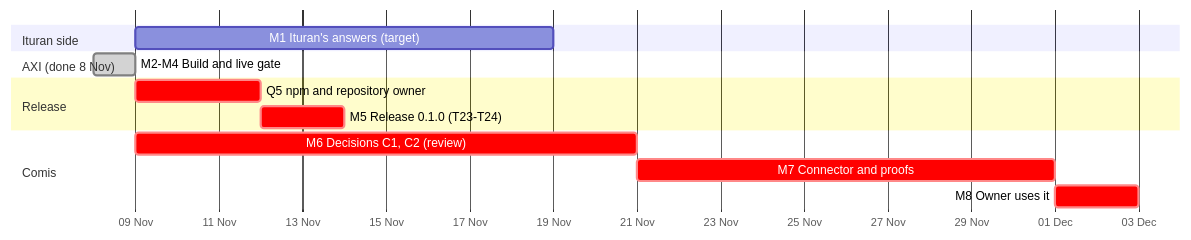
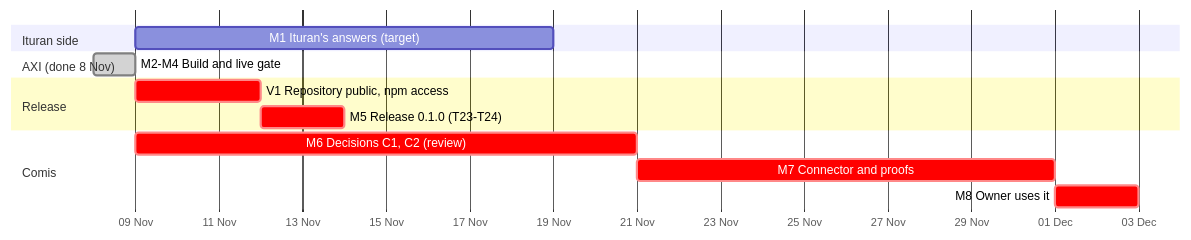
One commit to comisai/ituran-axi changed the second of 2 diagrams in docs/ituran-axi-master-plan.md. Above: the diagram before and after it, drawn with Mermaid. The commit also changed other lines of this file and 2 other files, not shown here.

Commit message:
docs: record the repository owner (comisai) and the public-before-release need

````diff
--- a/docs/ituran-axi-master-plan.md
+++ b/docs/ituran-axi-master-plan.md
@@ -97,16 +97,16 @@
 ```mermaid
 gantt
   dateFormat YYYY-MM-DD
   axisFormat %d %b
   section Ituran side
   M1 Ituran's answers (target)            :m1, 2026-11-09, 10d
   section AXI (done 8 Nov)
   M2-M4 Build and live gate               :done, m2, 2026-11-08, 1d
   section Release
-  Q5 npm and repository owner             :crit, q5, 2026-11-09, 3d
-  M5 Release 0.1.0 (T23-T24)              :crit, m5, after q5, 2d
+  V1 Repository public, npm access        :crit, v1, 2026-11-09, 3d
+  M5 Release 0.1.0 (T23-T24)              :crit, m5, after v1, 2d
   section Comis
   M6 Decisions C1, C2 (review)            :crit, m6, 2026-11-09, 12d
   M7 Connector and proofs                 :crit, m7, after m6, 10d
   M8 Owner uses it                        :crit, m8, after m7, 2d
 ```
````
